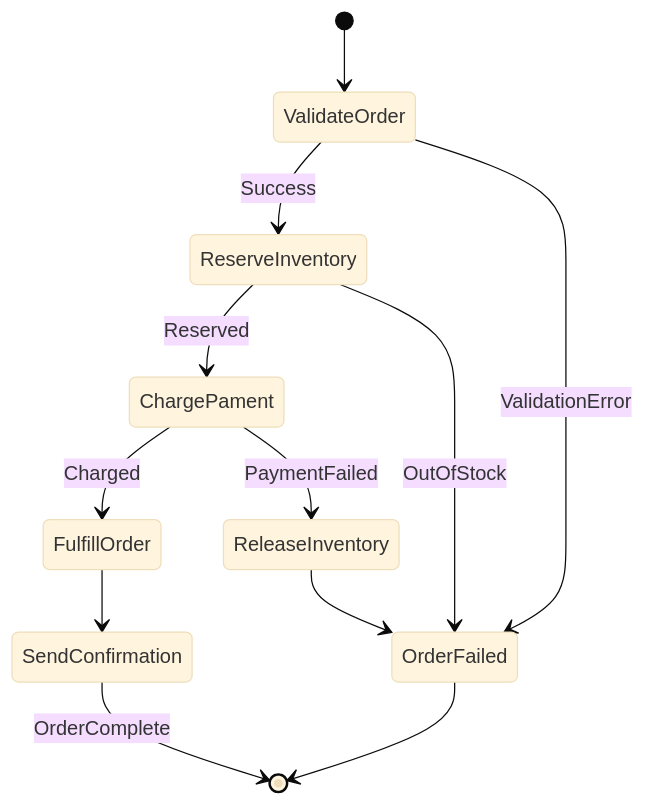
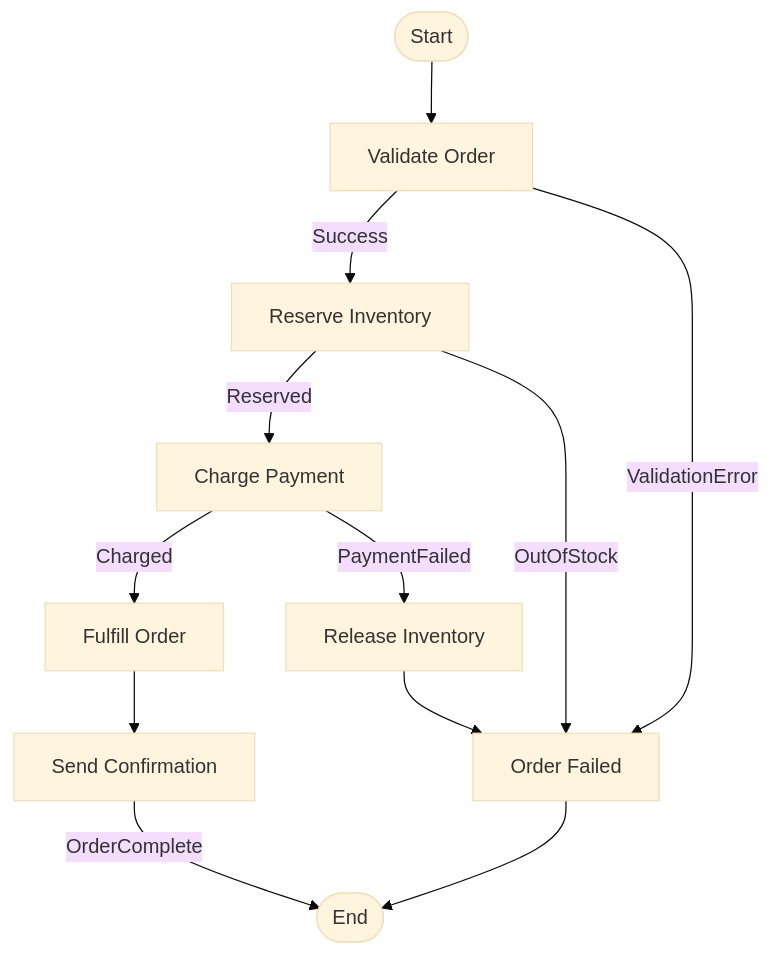
One commit to blebleblee/synapse changed the seventh of 8 diagrams in topics/computing/infrastructure/cloud_native/lesson_05_serverless_architectures.md. Above: the diagram before and after it, drawn with Mermaid (base theme). The commit also changed other lines of this file and 1464 other files, not shown here.

Commit message:
feat(release): curriculum vector mermaid upgrade, render hardening, and master synpack

````diff
--- a/topics/computing/infrastructure/cloud_native/lesson_05_serverless_architectures.md
+++ b/topics/computing/infrastructure/cloud_native/lesson_05_serverless_architectures.md
@@ -650,18 +647,18 @@
 ```mermaid
-stateDiagram-v2
-    [*] --> ValidateOrder
-    ValidateOrder --> ReserveInventory : Success
-    ValidateOrder --> OrderFailed : ValidationError
+flowchart TD
+    Start([Start]) --> ValidateOrder["Validate Order"]
+    ValidateOrder -->|Success| ReserveInventory["Reserve Inventory"]
+    ValidateOrder -->|ValidationError| OrderFailed["Order Failed"]
     
-    ReserveInventory --> ChargePament : Reserved
-    ReserveInventory --> OrderFailed : OutOfStock
+    ReserveInventory -->|Reserved| ChargePayment["Charge Payment"]
+    ReserveInventory -->|OutOfStock| OrderFailed
     
-    ChargePament --> FulfillOrder : Charged
-    ChargePament --> ReleaseInventory : PaymentFailed
+    ChargePayment -->|Charged| FulfillOrder["Fulfill Order"]
+    ChargePayment -->|PaymentFailed| ReleaseInventory["Release Inventory"]
     
     ReleaseInventory --> OrderFailed
     
-    FulfillOrder --> SendConfirmation
-    SendConfirmation --> [*] : OrderComplete
-    OrderFailed --> [*]
+    FulfillOrder --> SendConfirmation["Send Confirmation"]
+    SendConfirmation -->|OrderComplete| End([End])
+    OrderFailed --> End
 ```
````
